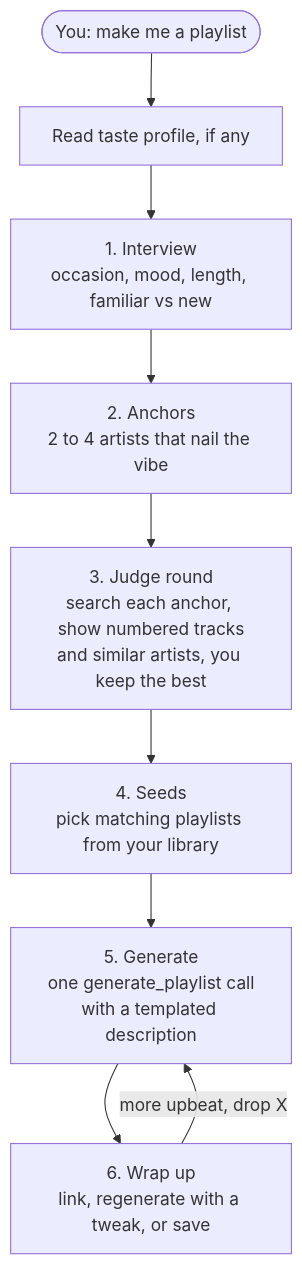
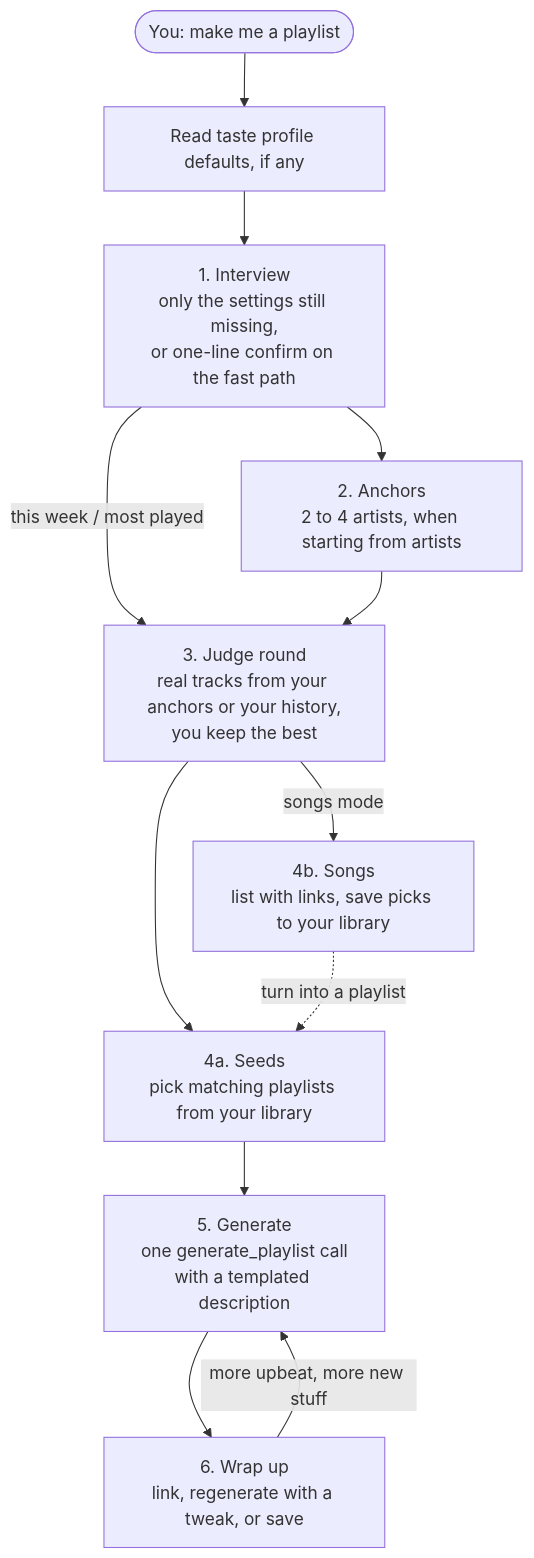
The diagram in README.md (Tiebe-Vaes/playlist-builder-for-spotify), drawn with Mermaid before and after one commit. The commit also changed other lines of this file, not shown here.

Commit message:
docs: document settings, songs mode and history seeds

````diff
--- a/README.md
+++ b/README.md
@@ -18,10 +18,14 @@
 ```mermaid
 flowchart TD
-    A([You: make me a playlist]) --> T[Read taste profile, if any]
-    T --> I[1. Interview<br/>occasion, mood, length, familiar vs new] --> N[2. Anchors<br/>2 to 4 artists that nail the vibe]
-    N --> J[3. Judge round<br/>search each anchor, show numbered tracks<br/>and similar artists, you keep the best]
-    J --> S[4. Seeds<br/>pick matching playlists from your library]
+    A([You: make me a playlist]) --> T[Read taste profile defaults, if any]
+    T --> I[1. Interview<br/>only the settings still missing,<br/>or one-line confirm on the fast path]
+    I --> N[2. Anchors<br/>2 to 4 artists, when starting from artists]
+    I -- this week / most played --> J
+    N --> J[3. Judge round<br/>real tracks from your anchors or your history,<br/>you keep the best]
+    J -- songs mode --> L[4b. Songs<br/>list with links, save picks to your library]
+    J --> S[4a. Seeds<br/>pick matching playlists from your library]
+    L -. turn into a playlist .-> S
     S --> G[5. Generate<br/>one generate_playlist call<br/>with a templated description]
     G --> W[6. Wrap up<br/>link, regenerate with a tweak, or save]
-    W -- more upbeat, drop X --> G
+    W -- more upbeat, more new stuff --> G
 ```
````
